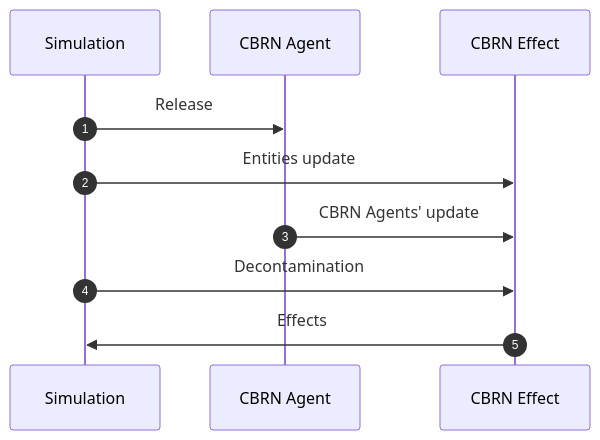
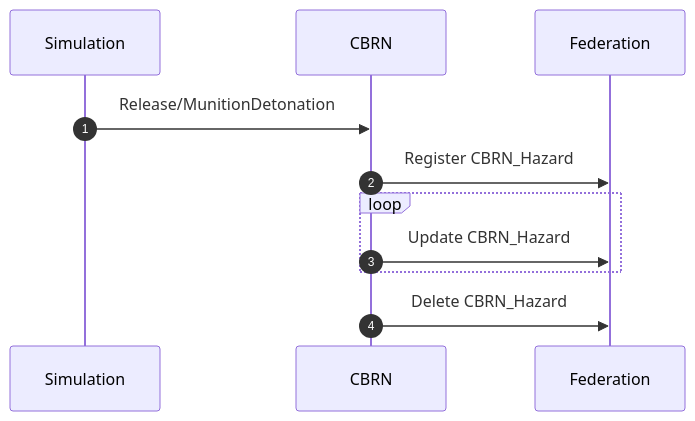
One commit to AMSP-04/NETN-CBRN changed the first of 7 diagrams in NETN-CBRN.md. Above: the diagram before and after it, drawn with Mermaid. The commit also changed other lines of this file and 1 other file, not shown here.

````diff
--- a/NETN-CBRN.md
+++ b/NETN-CBRN.md
@@ -139,9 +42,10 @@
 ```mermaid
 sequenceDiagram
 autonumber
-Simulation->>CBRN Agent:Release
-Simulation->>CBRN Effect: Entities update
-CBRN Agent->>CBRN Effect: CBRN Agents' update
-Simulation->>CBRN Effect: Decontamination
-CBRN Effect->>Simulation: Effects
+Simulation->>CBRN:Release/MunitionDetonation
+CBRN->>Federation: Register CBRN_Hazard
+loop
+CBRN->>Federation: Update CBRN_Hazard
+end
+CBRN->>Federation: Delete CBRN_Hazard
 ```
````
